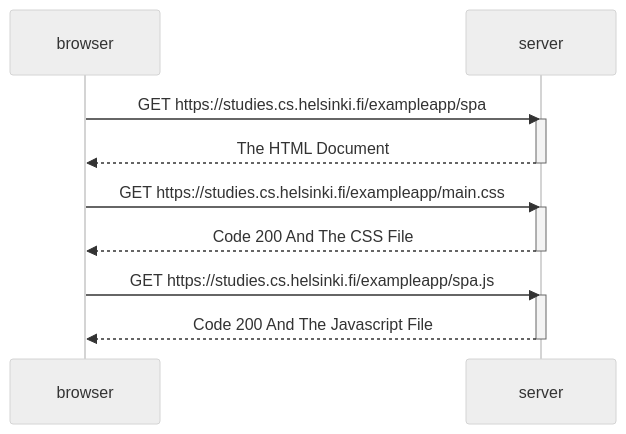
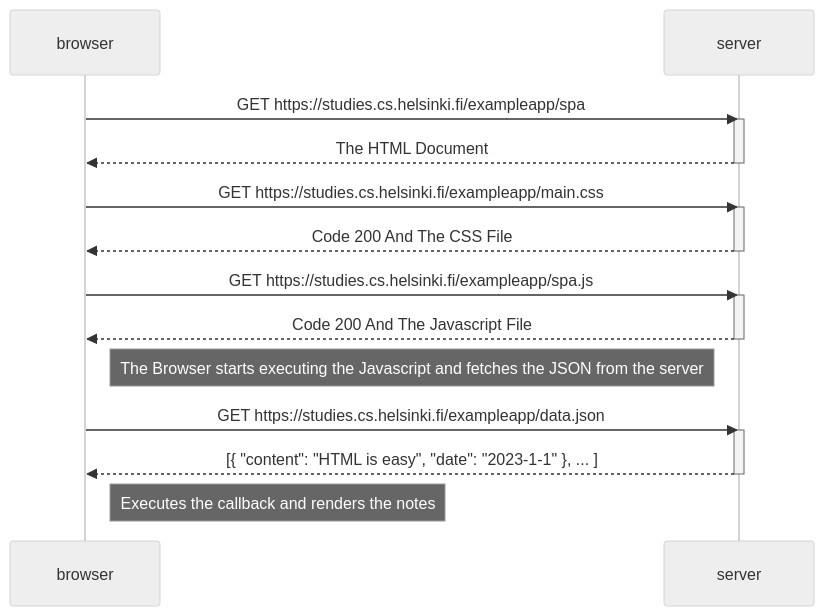
The diagram in Part 0/05.md (Locke555/FullStackOpen-exercices), drawn with Mermaid (neutral theme) before and after one commit.

Commit message:
Parte 0.5

````diff
--- a/Part 0/05.md
+++ b/Part 0/05.md
@@ -1,20 +1,29 @@
 ```mermaid
 sequenceDiagram
     participant browser
     participant server
 
     browser->>server: GET https://studies.cs.helsinki.fi/exampleapp/spa
     activate server
     server-->>browser: The HTML Document
     deactivate server
 
     browser->>server: GET https://studies.cs.helsinki.fi/exampleapp/main.css
     activate server
     server-->>browser: Code 200 And The CSS File
     deactivate server
 
     browser->>server: GET https://studies.cs.helsinki.fi/exampleapp/spa.js
     activate server
     server-->>browser: Code 200 And The Javascript File
     deactivate server
+
+    Note right of browser: The Browser starts executing the Javascript and fetches the JSON from the server
+
+    browser->>server: GET https://studies.cs.helsinki.fi/exampleapp/data.json
+    activate server
+    server-->>browser: [{ "content": "HTML is easy", "date": "2023-1-1" }, ... ]
+    deactivate server
+
+    Note right of browser: Executes the callback and renders the notes
 ```
````
